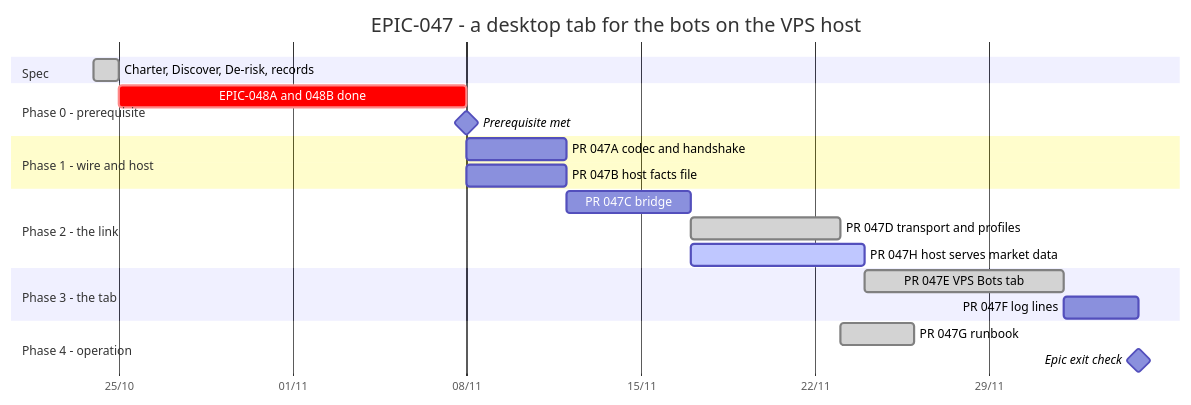
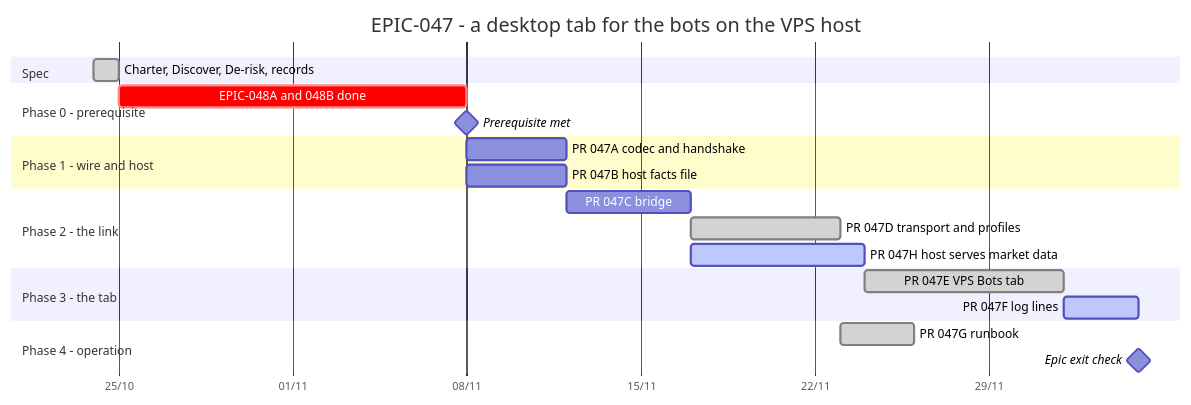
The diagram in Tasks/epics/EPIC-047_vps_bots_tab/TRACKING.md (anhembedded/Sagittarius_Elite_Warrior), drawn with Mermaid before and after one commit. The commit also changed other lines of this file and 52 other files, not shown here.

````diff
--- a/Tasks/epics/EPIC-047_vps_bots_tab/TRACKING.md
+++ b/Tasks/epics/EPIC-047_vps_bots_tab/TRACKING.md
@@ -12,31 +12,31 @@
 ```mermaid
 gantt
     title EPIC-047 - a desktop tab for the bots on the VPS host
     dateFormat  YYYY-MM-DD
     axisFormat  %d/%m
     todayMarker stroke-width:2px,stroke:#d33,opacity:0.6
 
     section Spec
     Charter, Discover, De-risk, records   :done,    s1, 2026-10-24, 1d
 
     section Phase 0 - prerequisite
     EPIC-048A and 048B done               :crit,    p0, after s1, 14d
     Prerequisite met                      :milestone, m0, after p0, 0d
 
     section Phase 1 - wire and host
     PR 047A codec and handshake           :         p1, after m0, 4d
     PR 047B host facts file               :         p2, after m0, 4d
 
     section Phase 2 - the link
     PR 047C bridge                        :         p3, after p1, 5d
     PR 047D transport and profiles        :done,    p4, after p3, 6d
     PR 047H host serves market data       :active,  p8, after p3, 7d
 
     section Phase 3 - the tab
     PR 047E VPS Bots tab                  :done,    p5, after p4 p8, 8d
-    PR 047F log lines                     :         p6, after p5, 3d
+    PR 047F log lines                     :active,  p6, after p5, 3d
 
     section Phase 4 - operation
     PR 047G runbook                       :done,    p7, after p4, 3d
     Epic exit check                       :milestone, m1, after p6, 0d
 ```
````
